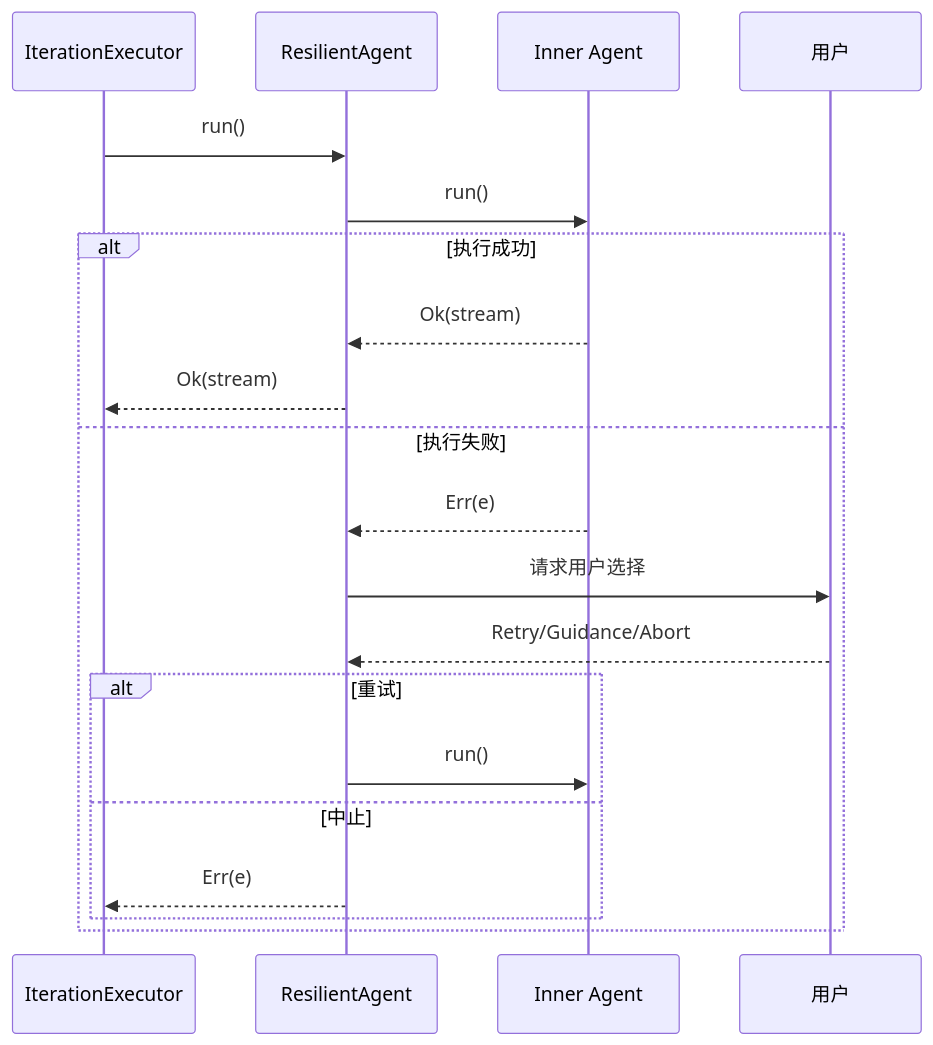
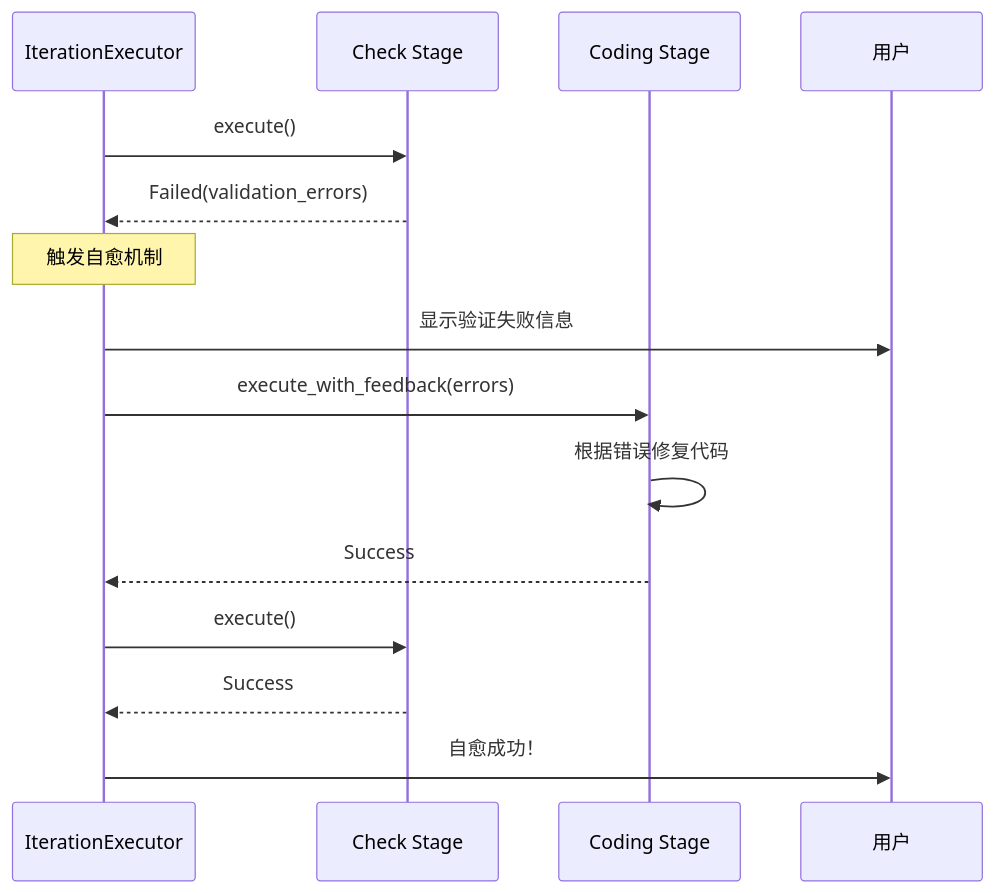
The fifth of 7 diagrams in docs/architecture/pipeline.md (sopaco/cowork-forge), drawn with Mermaid before and after one commit. The commit also changed other lines of this file and 4 other files, not shown here.

````diff
--- a/docs/architecture/pipeline.md
+++ b/docs/architecture/pipeline.md
@@ -377,25 +407,22 @@
 ```mermaid
 sequenceDiagram
     participant Executor as IterationExecutor
-    participant Resilient as ResilientAgent
-    participant Inner as Inner Agent
+    participant Check as Check Stage
+    participant Coding as Coding Stage
     participant User as 用户
 
-    Executor->>Resilient: run()
-    Resilient->>Inner: run()
-
-    alt 执行成功
-        Inner-->>Resilient: Ok(stream)
-        Resilient-->>Executor: Ok(stream)
-    else 执行失败
-        Inner-->>Resilient: Err(e)
-        Resilient->>User: 请求用户选择
-        User-->>Resilient: Retry/Guidance/Abort
-
-        alt 重试
-            Resilient->>Inner: run()
-        else 中止
-            Resilient-->>Executor: Err(e)
-        end
-    end
+    Executor->>Check: execute()
+    Check-->>Executor: Failed(validation_errors)
+    
+    Note over Executor: 触发自愈机制
+    
+    Executor->>User: 显示验证失败信息
+    Executor->>Coding: execute_with_feedback(errors)
+    Coding->>Coding: 根据错误修复代码
+    Coding-->>Executor: Success
+    
+    Executor->>Check: execute()
+    Check-->>Executor: Success
+    
+    Executor->>User: 自愈成功！
 ```
````
